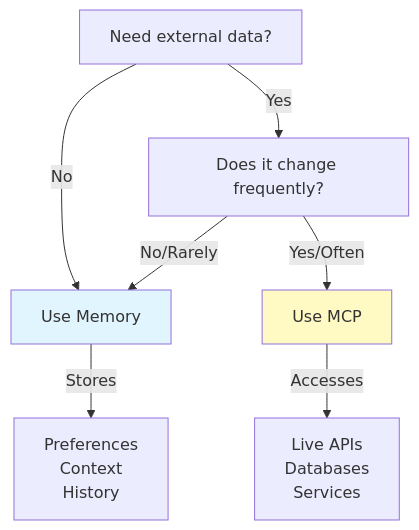
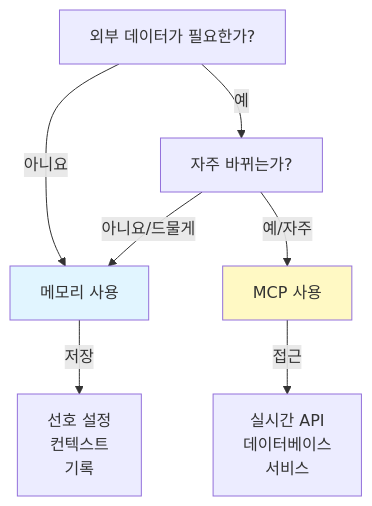
One commit to KIMDONGWHEE99/howkorean changed diagram 15 of 31 in claude_concepts_guide.md. Above: the diagram before and after it, drawn with Mermaid. The commit also changed other lines of this file, not shown here.

````diff
--- a/claude_concepts_guide.md
+++ b/claude_concepts_guide.md
@@ -444,14 +444,14 @@
 ```mermaid
 graph TD
-    A["Need external data?"]
-    A -->|No| B["Use Memory"]
-    A -->|Yes| C["Does it change frequently?"]
-    C -->|No/Rarely| B
-    C -->|Yes/Often| D["Use MCP"]
+    A["외부 데이터가 필요한가?"]
+    A -->|아니요| B["메모리 사용"]
+    A -->|예| C["자주 바뀌는가?"]
+    C -->|아니요/드물게| B
+    C -->|예/자주| D["MCP 사용"]
 
-    B -->|Stores| E["Preferences<br/>Context<br/>History"]
-    D -->|Accesses| F["Live APIs<br/>Databases<br/>Services"]
+    B -->|저장| E["선호 설정<br/>컨텍스트<br/>기록"]
+    D -->|접근| F["실시간 API<br/>데이터베이스<br/>서비스"]
 
     style B fill:#e1f5ff
     style D fill:#fff9c4
 ```
````
